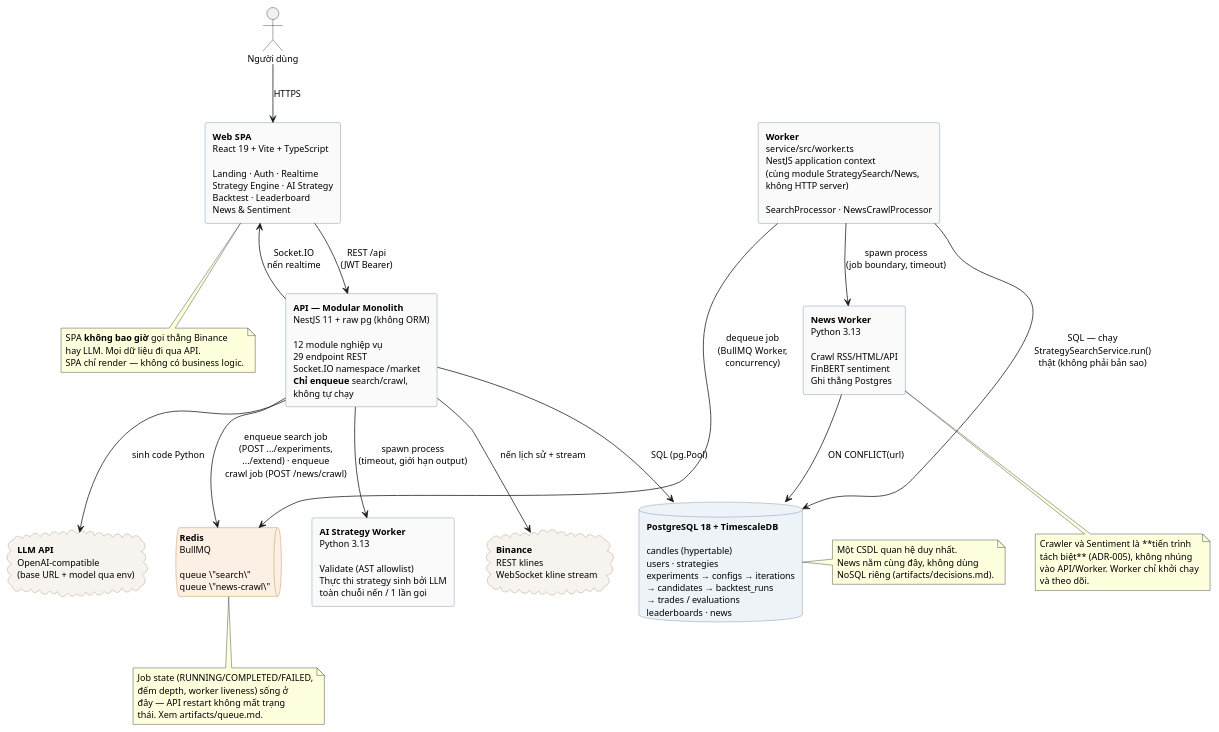
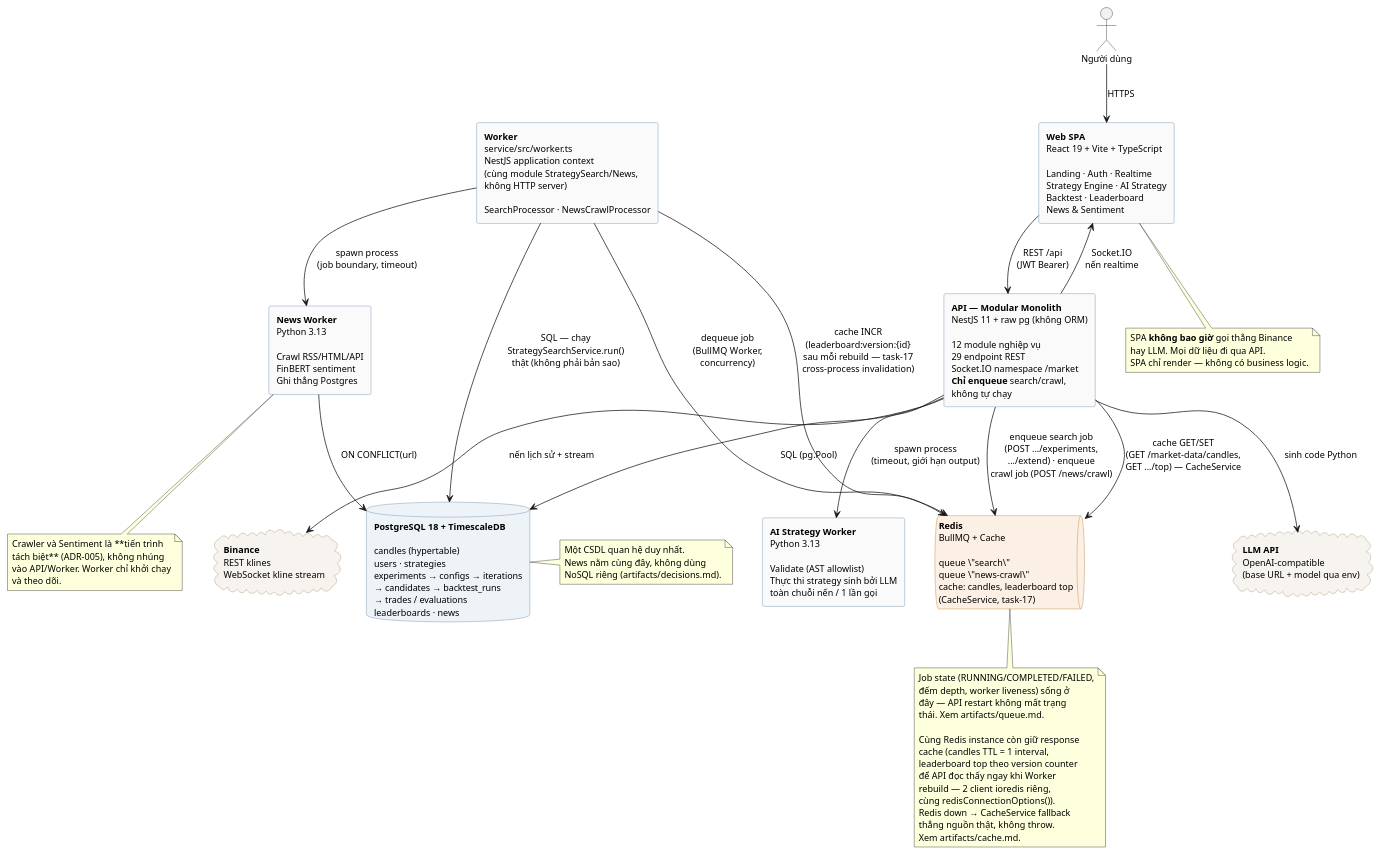
Before and after one commit to huynhgiaau27112005/crypto-strategy-lab: the diagram in artifacts/architecture-container.puml, drawn with PlantUML. The commit also changed 20 other files, not shown here.

First line of the commit message:
feat(cache): Redis response cache for candles and leaderboard top

```diff
--- a/artifacts/architecture-container.puml
+++ b/artifacts/architecture-container.puml
@@ -1,93 +1,105 @@
 @startuml crypto-strategy-lab-container
 ' Crypto Strategy Lab — Container view (C4 mức 2)
 ' Dùng để MỞ ĐẦU phần trình bày: ai chạy ở đâu, nói chuyện với nhau bằng gì.
 ' Bản chi tiết từng component nằm ở architecture.puml.
 
 skinparam componentStyle rectangle
 skinparam shadowing false
 skinparam defaultFontName "Helvetica"
 skinparam defaultFontSize 12
 skinparam nodesep 40
 skinparam ranksep 60
 skinparam rectangle {
   BackgroundColor #FAFAFA
   BorderColor #597EA3
 }
 skinparam database {
   BackgroundColor #EEF3F8
   BorderColor #597EA3
 }
 skinparam cloud {
   BackgroundColor #F7F3EE
   BorderColor #A08A6A
 }
 skinparam queue {
   BackgroundColor #FCEFE3
   BorderColor #B5772E
 }
 
 actor "Người dùng" as USER
 
 rectangle "**Web SPA**\nReact 19 + Vite + TypeScript\n\nLanding · Auth · Realtime\nStrategy Engine · AI Strategy\nBacktest · Leaderboard\nNews & Sentiment" as SPA
 
 rectangle "**API — Modular Monolith**\nNestJS 11 + raw pg (không ORM)\n\n12 module nghiệp vụ\n29 endpoint REST\nSocket.IO namespace /market\n**Chỉ enqueue** search/crawl,\nkhông tự chạy" as API
 
-queue "**Redis**\nBullMQ\n\nqueue \"search\"\nqueue \"news-crawl\"" as REDIS
+queue "**Redis**\nBullMQ + Cache\n\nqueue \"search\"\nqueue \"news-crawl\"\ncache: candles, leaderboard top\n(CacheService, task-17)" as REDIS
 
 rectangle "**Worker**\nservice/src/worker.ts\nNestJS application context\n(cùng module StrategySearch/News,\nkhông HTTP server)\n\nSearchProcessor · NewsCrawlProcessor" as WORKER
 
 rectangle "**News Worker**\nPython 3.13\n\nCrawl RSS/HTML/API\nFinBERT sentiment\nGhi thẳng Postgres" as W_NEWS
 
 rectangle "**AI Strategy Worker**\nPython 3.13\n\nValidate (AST allowlist)\nThực thi strategy sinh bởi LLM\ntoàn chuỗi nến / 1 lần gọi" as W_AI
 
 database "**PostgreSQL 18 + TimescaleDB**\n\ncandles (hypertable)\nusers · strategies\nexperiments → configs → iterations\n→ candidates → backtest_runs\n→ trades / evaluations\nleaderboards · news" as PG
 
 cloud "**Binance**\nREST klines\nWebSocket kline stream" as BINANCE
 cloud "**LLM API**\nOpenAI-compatible\n(base URL + model qua env)" as LLM
 
 USER --> SPA : HTTPS
 
 SPA --> API : REST /api\n(JWT Bearer)
 SPA <-- API : Socket.IO\nnến realtime
 
 API --> PG : SQL (pg.Pool)
 API --> BINANCE : nến lịch sử + stream
 API --> LLM : sinh code Python
 API --> REDIS : enqueue search job\n(POST .../experiments,\n.../extend) · enqueue\ncrawl job (POST /news/crawl)
+API --> REDIS : cache GET/SET\n(GET /market-data/candles,\nGET .../top) — CacheService
 API --> W_AI : spawn process\n(timeout, giới hạn output)
 
 WORKER --> REDIS : dequeue job\n(BullMQ Worker,\nconcurrency)
+WORKER --> REDIS : cache INCR\n(leaderboard:version:{id}\nsau mỗi rebuild — task-17\ncross-process invalidation)
 WORKER --> PG : SQL — chạy\nStrategySearchService.run()\nthật (không phải bản sao)
 WORKER --> W_NEWS : spawn process\n(job boundary, timeout)
 
 W_NEWS --> PG : ON CONFLICT(url)
 W_NEWS --> BINANCE #line:transparent
 W_NEWS -[hidden]-> W_AI
 
 note bottom of SPA
   SPA **không bao giờ** gọi thẳng Binance
   hay LLM. Mọi dữ liệu đi qua API.
   SPA chỉ render — không có business logic.
 end note
 
 note bottom of REDIS
   Job state (RUNNING/COMPLETED/FAILED,
   đếm depth, worker liveness) sống ở
   đây — API restart không mất trạng
   thái. Xem artifacts/queue.md.
+
+  Cùng Redis instance còn giữ response
+  cache (candles TTL = 1 interval,
+  leaderboard top theo version counter
+  để API đọc thấy ngay khi Worker
+  rebuild — 2 client ioredis riêng,
+  cùng redisConnectionOptions()).
+  Redis down → CacheService fallback
+  thẳng nguồn thật, không throw.
+  Xem artifacts/cache.md.
 end note
 
 note bottom of W_NEWS
   Crawler và Sentiment là **tiến trình
   tách biệt** (ADR-005), không nhúng
   vào API/Worker. Worker chỉ khởi chạy
   và theo dõi.
 end note
 
 note right of PG
   Một CSDL quan hệ duy nhất.
   News nằm cùng đây, không dùng
   NoSQL riêng (artifacts/decisions.md).
 end note
 
 @enduml
```
